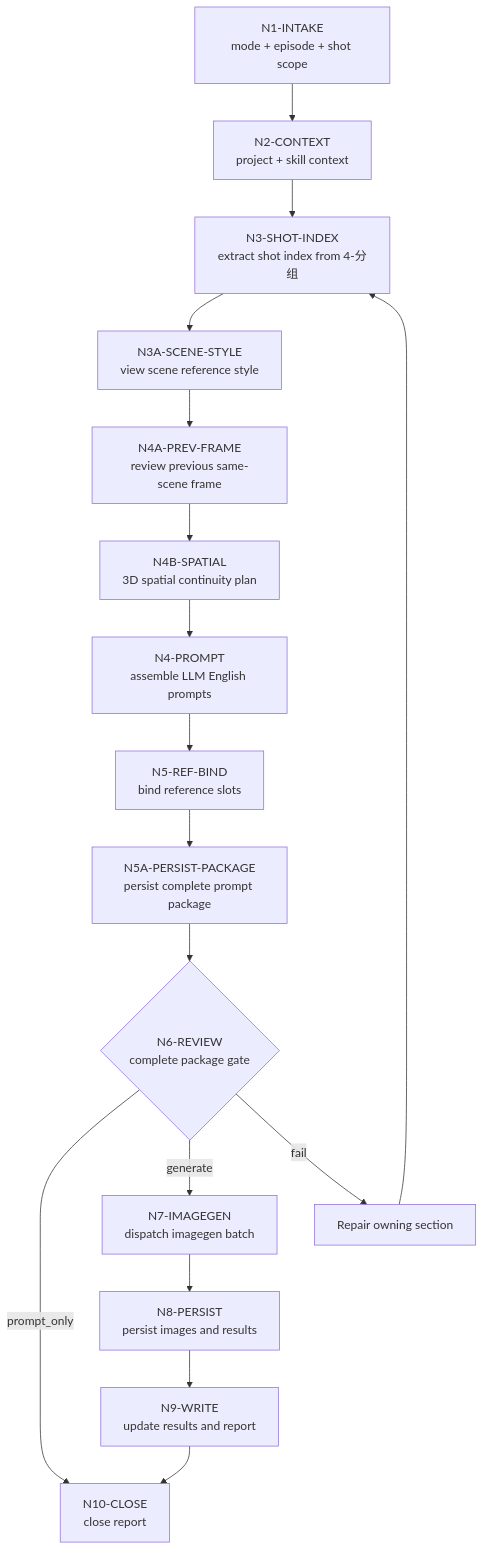
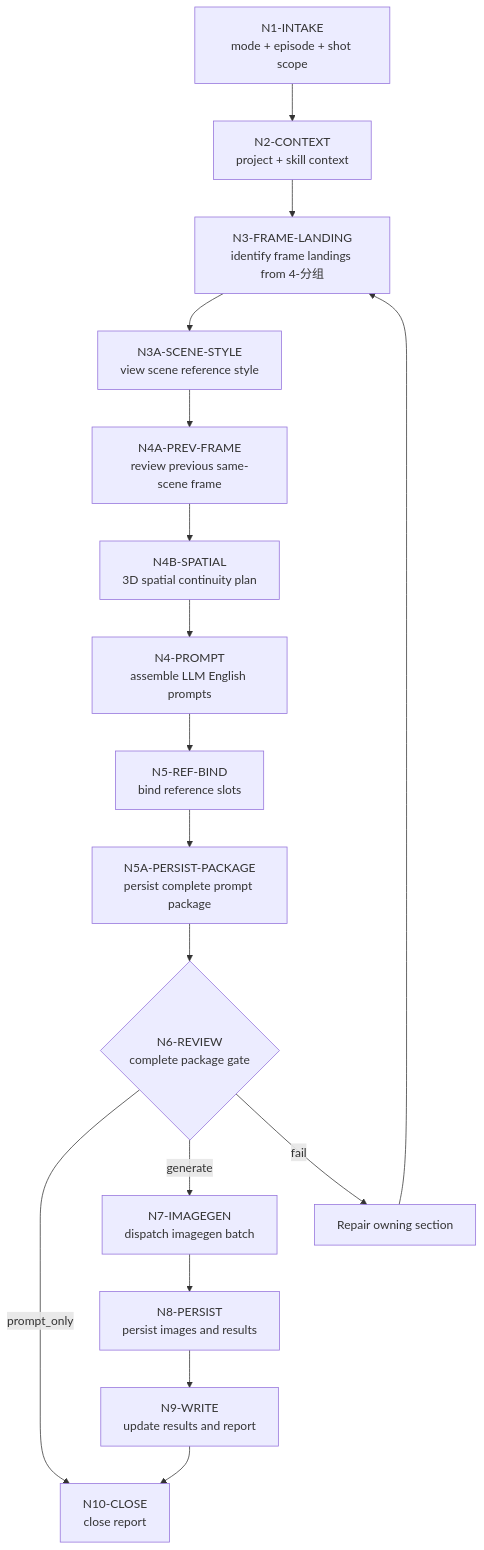
Before and after one commit to ZEN-VOID/AI-CUT: the diagram in .agents/skills/aigc/6-图像/A-分镜画面/steps/frame-image-workflow.md, drawn with Mermaid. The commit also changed other lines of this file and 129 other files, not shown here.

````diff
--- a/.agents/skills/aigc/6-图像/A-分镜画面/steps/frame-image-workflow.md
+++ b/.agents/skills/aigc/6-图像/A-分镜画面/steps/frame-image-workflow.md
@@ -7,19 +7,19 @@
 ```mermaid
 flowchart TD
     N1["N1-INTAKE<br/>mode + episode + shot scope"] --> N2["N2-CONTEXT<br/>project + skill context"]
-    N2 --> N3["N3-SHOT-INDEX<br/>extract shot index from 4-分组"]
+    N2 --> N3["N3-FRAME-LANDING<br/>identify frame landings from 4-分组"]
     N3 --> N3A["N3A-SCENE-STYLE<br/>view scene reference style"]
     N3A --> N4A["N4A-PREV-FRAME<br/>review previous same-scene frame"]
     N4A --> N4B["N4B-SPATIAL<br/>3D spatial continuity plan"]
     N4B --> N4["N4-PROMPT<br/>assemble LLM English prompts"]
     N4 --> N5["N5-REF-BIND<br/>bind reference slots"]
     N5 --> N5A["N5A-PERSIST-PACKAGE<br/>persist complete prompt package"]
     N5A --> N6{"N6-REVIEW<br/>complete package gate"}
     N6 -->|"prompt_only"| N10["N10-CLOSE<br/>close report"]
     N6 -->|"generate"| N7["N7-IMAGEGEN<br/>dispatch imagegen batch"]
     N7 --> N8["N8-PERSIST<br/>persist images and results"]
     N8 --> N9["N9-WRITE<br/>update results and report"]
     N6 -->|"fail"| R["Repair owning section"]
     R --> N3
     N9 --> N10["N10-CLOSE<br/>close report"]
 ```
````
